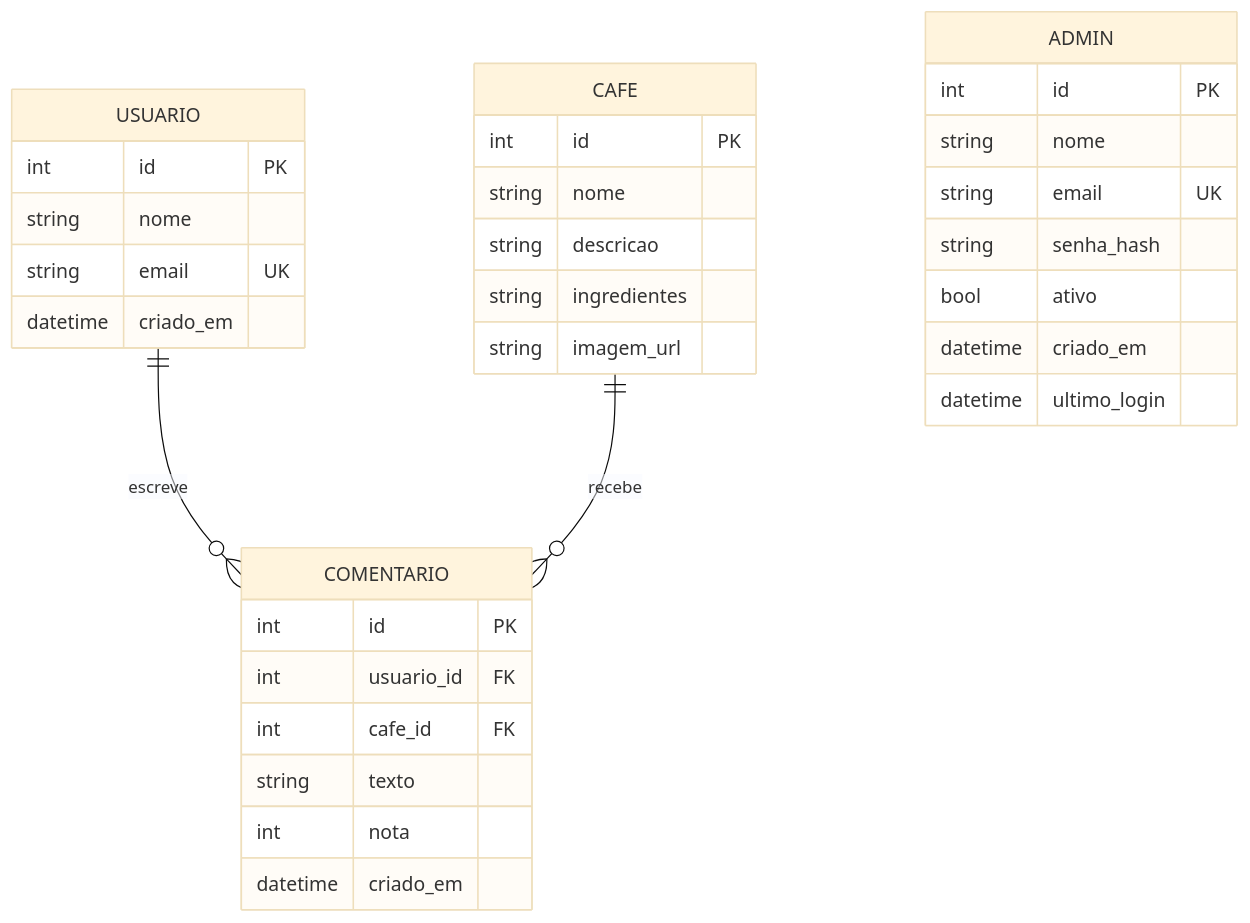
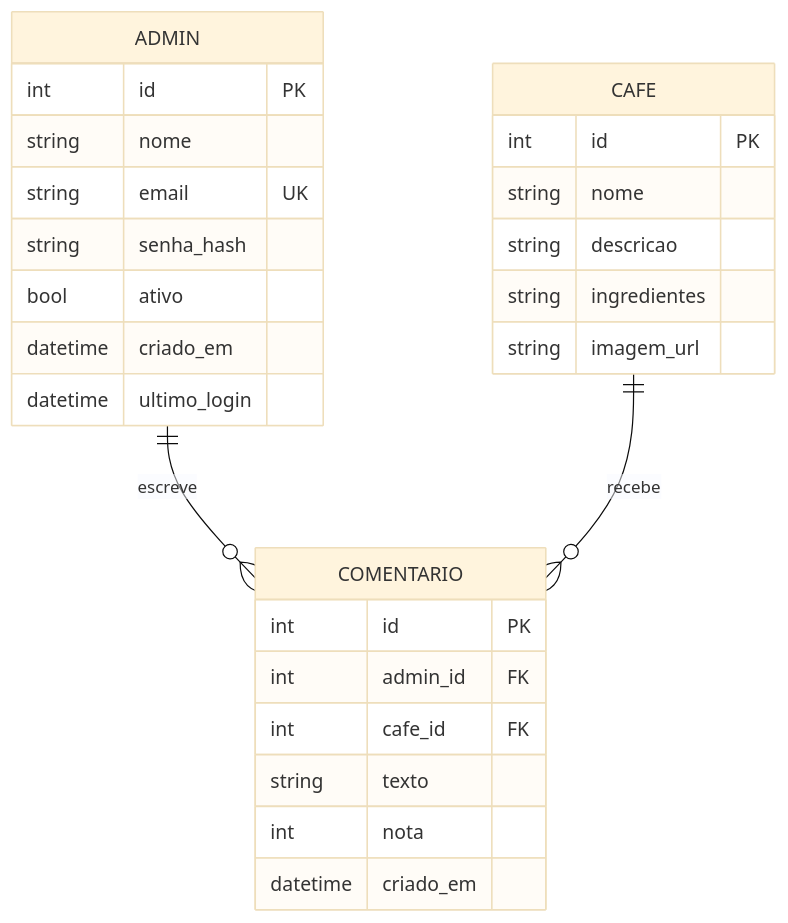
One commit to jonathan-greco/rest-api-mvp-arquitetura-software changed the second of 2 diagrams in README.md. Above: the diagram before and after it, drawn with Mermaid (base theme). The commit also changed other lines of this file and 20 other files, not shown here.

````diff
--- a/README.md
+++ b/README.md
@@ -70,35 +71,29 @@
 ```mermaid
 erDiagram
-    USUARIO ||--o{ COMENTARIO : escreve
+    ADMIN ||--o{ COMENTARIO : escreve
     CAFE ||--o{ COMENTARIO : recebe
     ADMIN {
         int id PK
         string nome
         string email UK
         string senha_hash
         bool ativo
         datetime criado_em
         datetime ultimo_login
     }
-    USUARIO {
-        int id PK
-        string nome
-        string email UK
-        datetime criado_em
-    }
     CAFE {
         int id PK
         string nome
         string descricao
         string ingredientes
         string imagem_url
     }
     COMENTARIO {
         int id PK
-        int usuario_id FK
+        int admin_id FK
         int cafe_id FK
         string texto
         int nota
         datetime criado_em
     }
 ```
````
